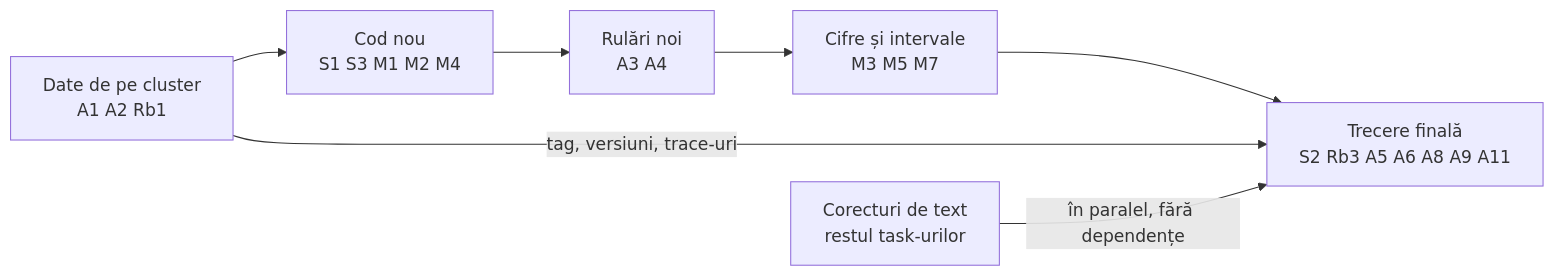
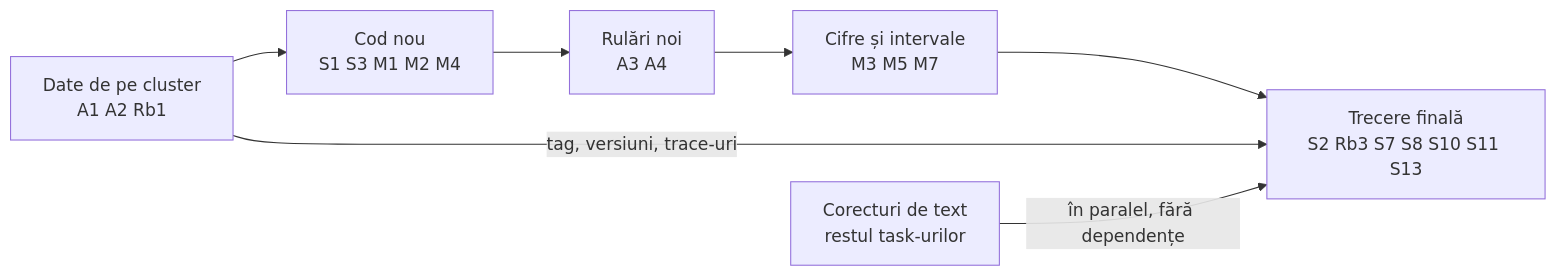
One commit to Maxxtra/mlsp-agent-security changed the diagram in README.md. Above: the diagram before and after it, drawn with Mermaid. The commit also changed other lines of this file, not shown here.

````diff
--- a/README.md
+++ b/README.md
@@ -591,9 +593,9 @@
 ```mermaid
 flowchart LR
     A["Date de pe cluster<br/>A1 A2 Rb1"] --> C["Cod nou<br/>S1 S3 M1 M2 M4"]
     C --> R["Rulări noi<br/>A3 A4"]
     R --> N["Cifre și intervale<br/>M3 M5 M7"]
-    N --> F["Trecere finală<br/>S2 Rb3 A5 A6 A8 A9 A11"]
+    N --> F["Trecere finală<br/>S2 Rb3 S7 S8 S10 S11 S13"]
     A -- "tag, versiuni, trace-uri" --> F
     T["Corecturi de text<br/>restul task-urilor"] -- "în paralel, fără dependențe" --> F
 ```
````
